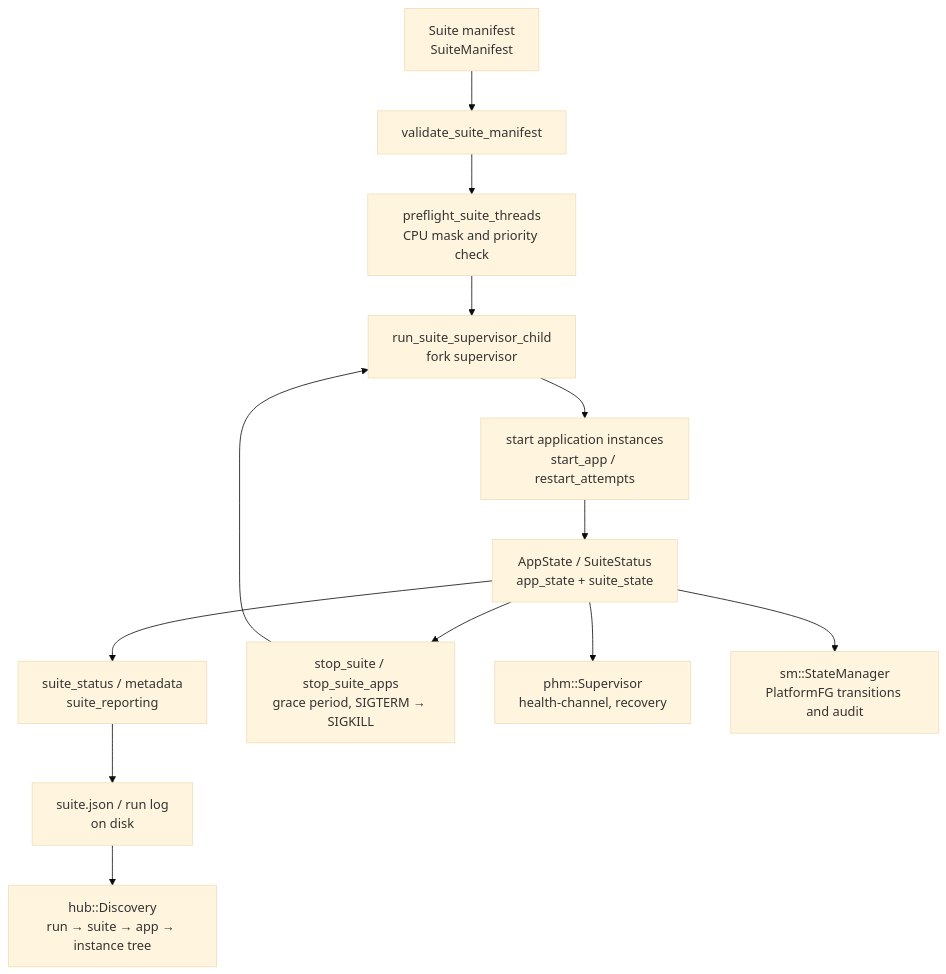
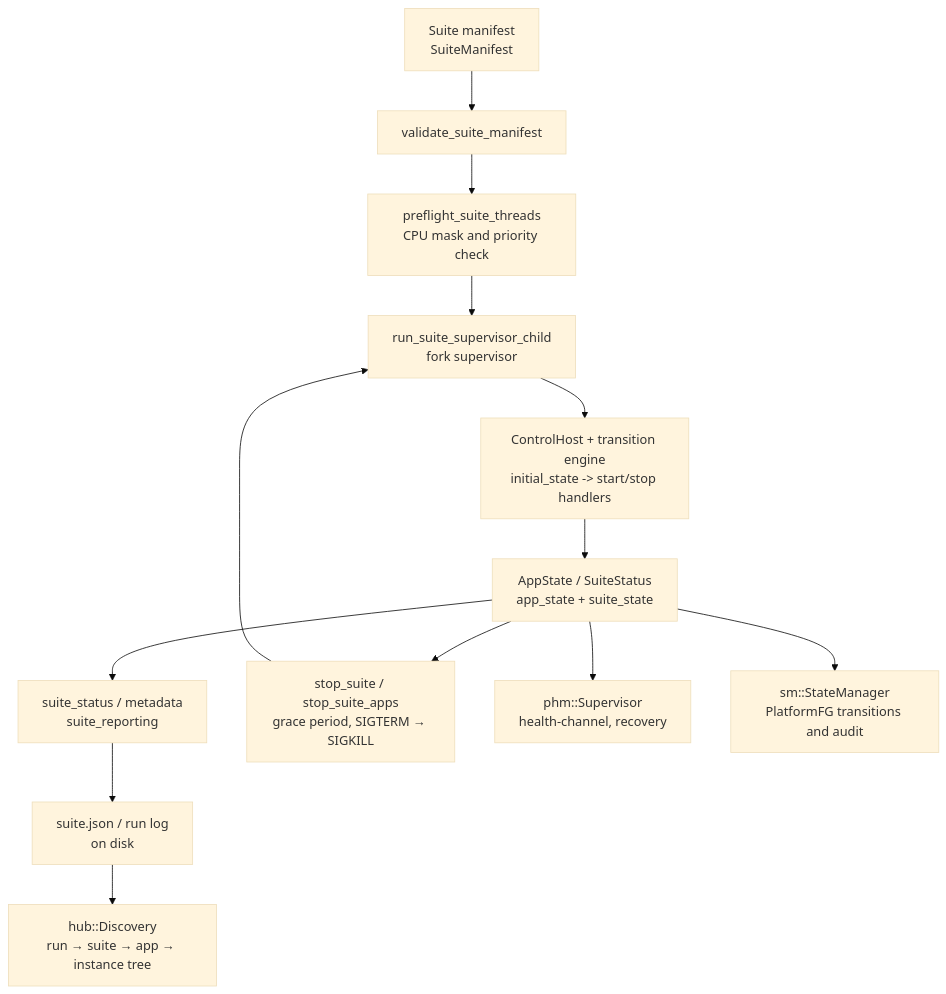
Before and after one commit to nexigen-tech/nexigen-cpp: the third of 5 diagrams in docs/architecture.md, drawn with Mermaid (base theme). The commit also changed other lines of this file and 17 other files, not shown here.

````diff
--- a/docs/architecture.md
+++ b/docs/architecture.md
@@ -226,15 +226,15 @@
 ```mermaid
 flowchart TD
     MAN["Suite manifest<br/>SuiteManifest"] --> VAL["validate_suite_manifest"]
     VAL --> PRE["preflight_suite_threads<br/>CPU mask and priority check"]
     PRE --> SUP["run_suite_supervisor_child<br/>fork supervisor"]
-    SUP --> APPS["start application instances<br/>start_app / restart_attempts"]
+    SUP --> APPS["ControlHost + transition engine<br/>initial_state -> start/stop handlers"]
     APPS --> STATE["AppState / SuiteStatus<br/>app_state + suite_state"]
     STATE --> REPORT["suite_status / metadata<br/>suite_reporting"]
     REPORT --> META["suite.json / run log<br/>on disk"]
     META --> HUB2["hub::Discovery<br/>run → suite → app → instance tree"]
     STATE --> STOP["stop_suite / stop_suite_apps<br/>grace period, SIGTERM → SIGKILL"]
     STOP --> SUP
     STATE --> PHM2["phm::Supervisor<br/>health-channel, recovery"]
     STATE --> SM2["sm::StateManager<br/>PlatformFG transitions and audit"]
 ```
````
